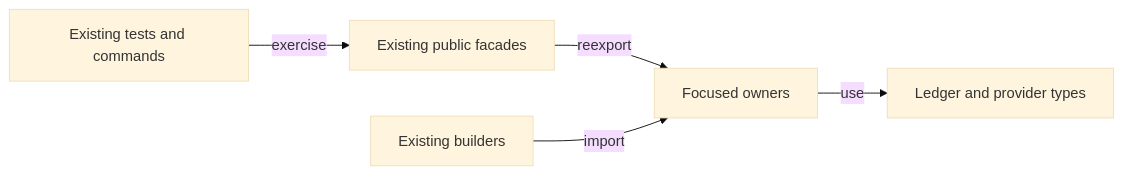
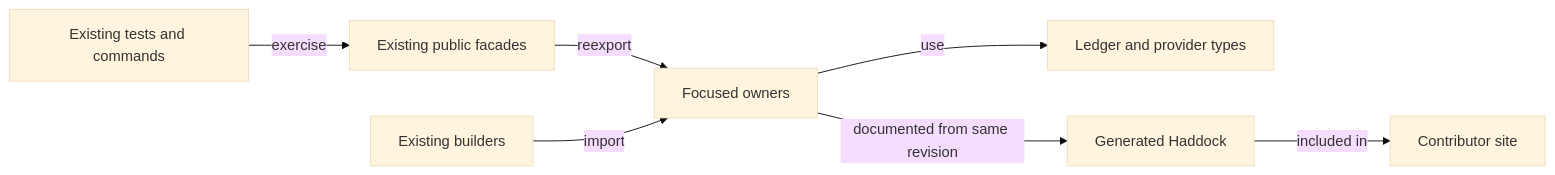
One commit to lambdasistemi/singular changed the diagram in specs/265-builder-blueprint-structure/plan.md. Above: the diagram before and after it, drawn with Mermaid (base theme). The commit also changed other lines of this file and 9 other files, not shown here.

First line of the commit message:
docs: bind generated API reference scope

````diff
--- a/specs/265-builder-blueprint-structure/plan.md
+++ b/specs/265-builder-blueprint-structure/plan.md
@@ -7,7 +7,9 @@
 ```mermaid
 flowchart LR
     Facade[Existing public facades] -->|reexport| Focused[Focused owners]
     Builders[Existing builders] -->|import| Focused
     Focused -->|use| Ledger[Ledger and provider types]
     Tests[Existing tests and commands] -->|exercise| Facade
+    Focused -->|documented from same revision| API[Generated Haddock]
+    API -->|included in| Site[Contributor site]
 ```
````
